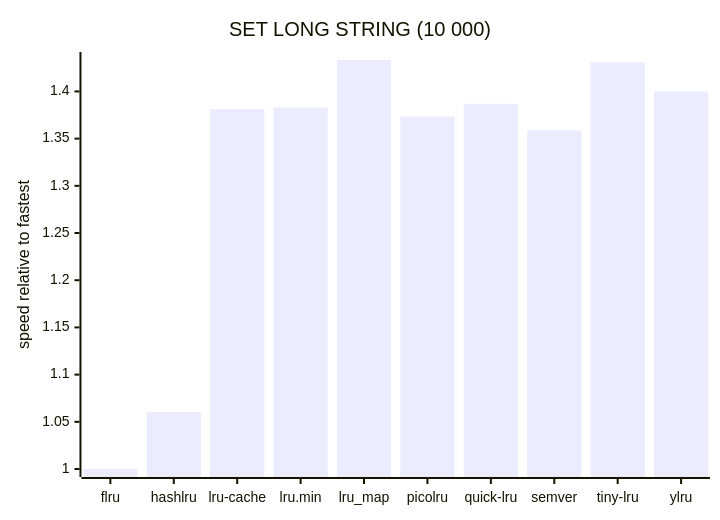
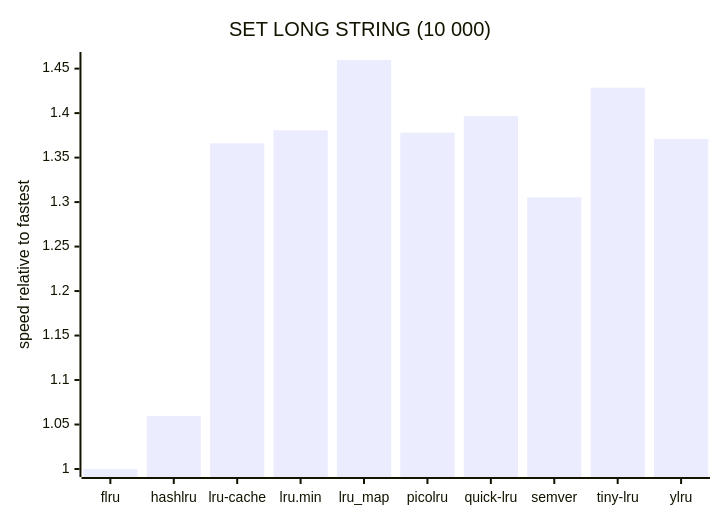
The eighth of 11 diagrams in README.md (beeequeue/bench-lru), drawn with Mermaid before and after one commit. The commit also changed other lines of this file, not shown here.

````diff
--- a/README.md
+++ b/README.md
@@ -107,7 +107,7 @@
 ```mermaid
 xychart-beta
   title "SET LONG STRING (10 000)"
   x-axis ["flru", "hashlru", "lru-cache", "lru.min", "lru_map", "picolru", "quick-lru", "semver", "tiny-lru", "ylru"]
-  y-axis "speed relative to fastest" 1 --> 1.4333
-  bar [1, 1.0604, 1.3813, 1.3829, 1.4333, 1.3735, 1.3869, 1.3588, 1.4309, 1.4]
+  y-axis "speed relative to fastest" 1 --> 1.4597
+  bar [1, 1.0594, 1.366, 1.3807, 1.4597, 1.3781, 1.3966, 1.3054, 1.4286, 1.371]
 ```
````
